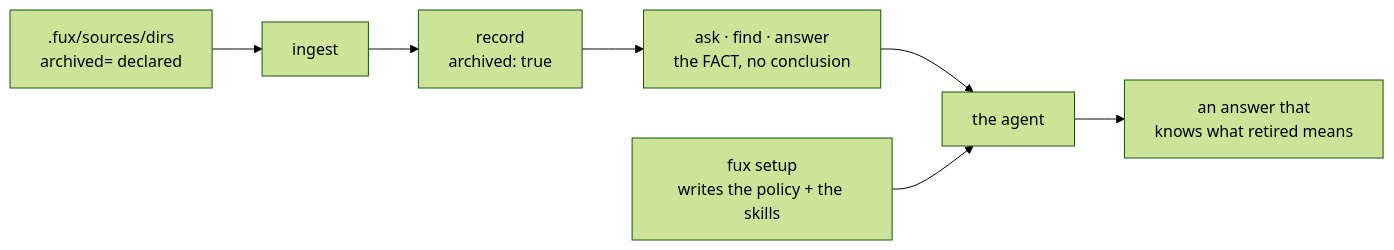
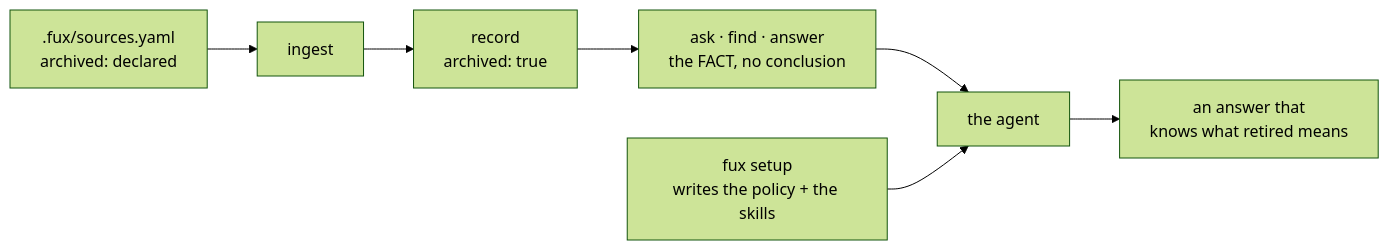
Before and after one commit to arpitarya/fux: the diagram in records/0132_agent-policy.md, drawn with Mermaid (forest theme). The commit also changed other lines of this file and 249 other files, not shown here.

First line of the commit message:
feat(w294): one .fux/sources.yaml; .fuxignore the only exclusion

````diff
--- a/records/0132_agent-policy.md
+++ b/records/0132_agent-policy.md
@@ -43,9 +43,9 @@
 ```mermaid
 flowchart LR
-    S[".fux/sources/dirs<br/>archived= declared"] --> I["ingest"]
+    S[".fux/sources.yaml<br/>archived: declared"] --> I["ingest"]
     I --> R["record<br/>archived: true"]
     R --> O["ask · find · answer<br/>the FACT, no conclusion"]
     O --> A["the agent"]
     P["fux setup<br/>writes the policy + the skills"] --> A
     A --> ANS["an answer that<br/>knows what retired means"]
 ```
````
